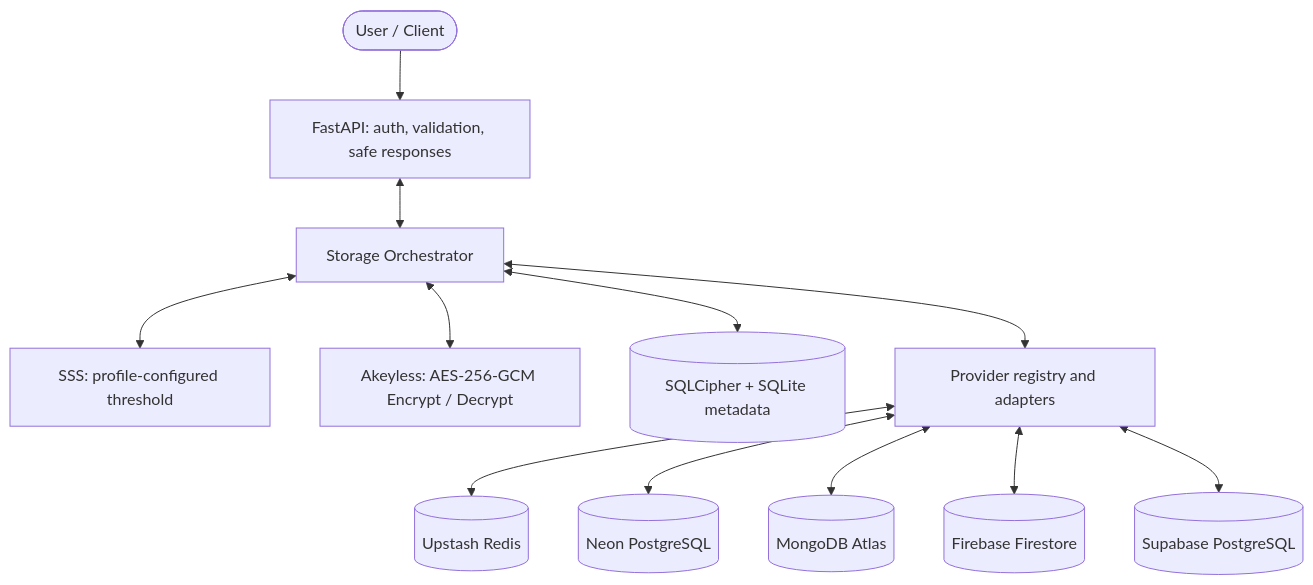
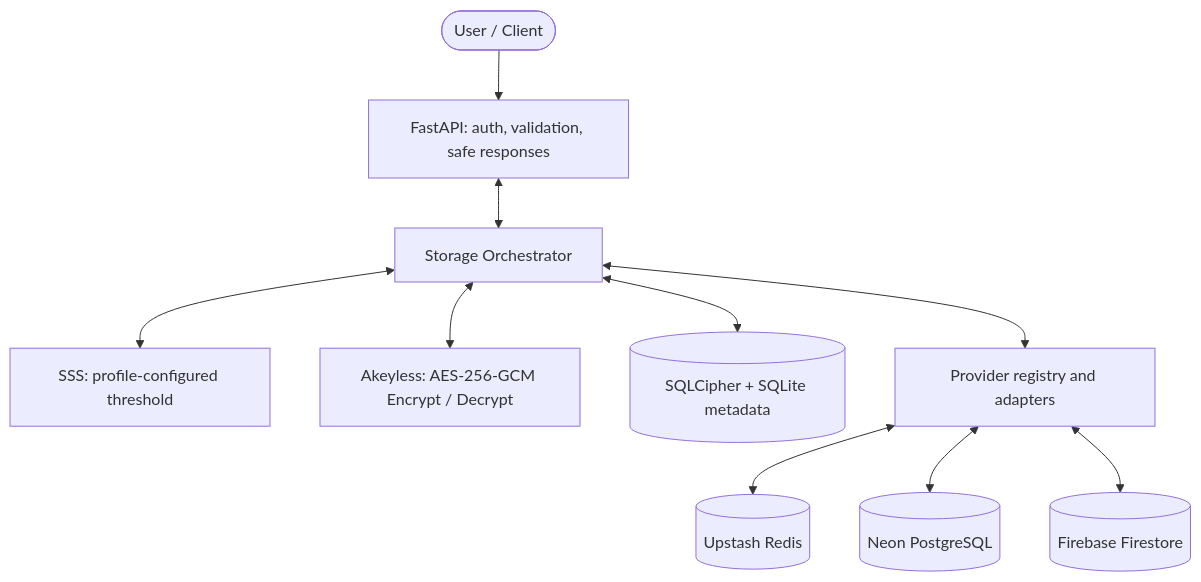
One commit to Raj-pratap07/Compromized changed the first of 4 diagrams in docs/firefly-docs-pack/docs/ARCHITECTURE.md. Above: the diagram before and after it, drawn with Mermaid. The commit also changed other lines of this file and 69 other files, not shown here.

````diff
--- a/docs/firefly-docs-pack/docs/ARCHITECTURE.md
+++ b/docs/firefly-docs-pack/docs/ARCHITECTURE.md
@@ -63,14 +61,12 @@
 ```mermaid
 flowchart TB
     U([User / Client]) --> API[FastAPI: auth, validation, safe responses]
     API <--> O[Storage Orchestrator]
     O <--> SSS[SSS: profile-configured threshold]
     O <--> AK[Akeyless: AES-256-GCM Encrypt / Decrypt]
     O <--> DB[(SQLCipher + SQLite metadata)]
     O <--> REG[Provider registry and adapters]
     REG <--> P1[(Upstash Redis)]
     REG <--> P2[(Neon PostgreSQL)]
-    REG <--> P3[(MongoDB Atlas)]
-    REG <--> P4[(Firebase Firestore)]
-    REG <--> P5[(Supabase PostgreSQL)]
+    REG <--> P3[(Firebase Firestore)]
 ```
````
